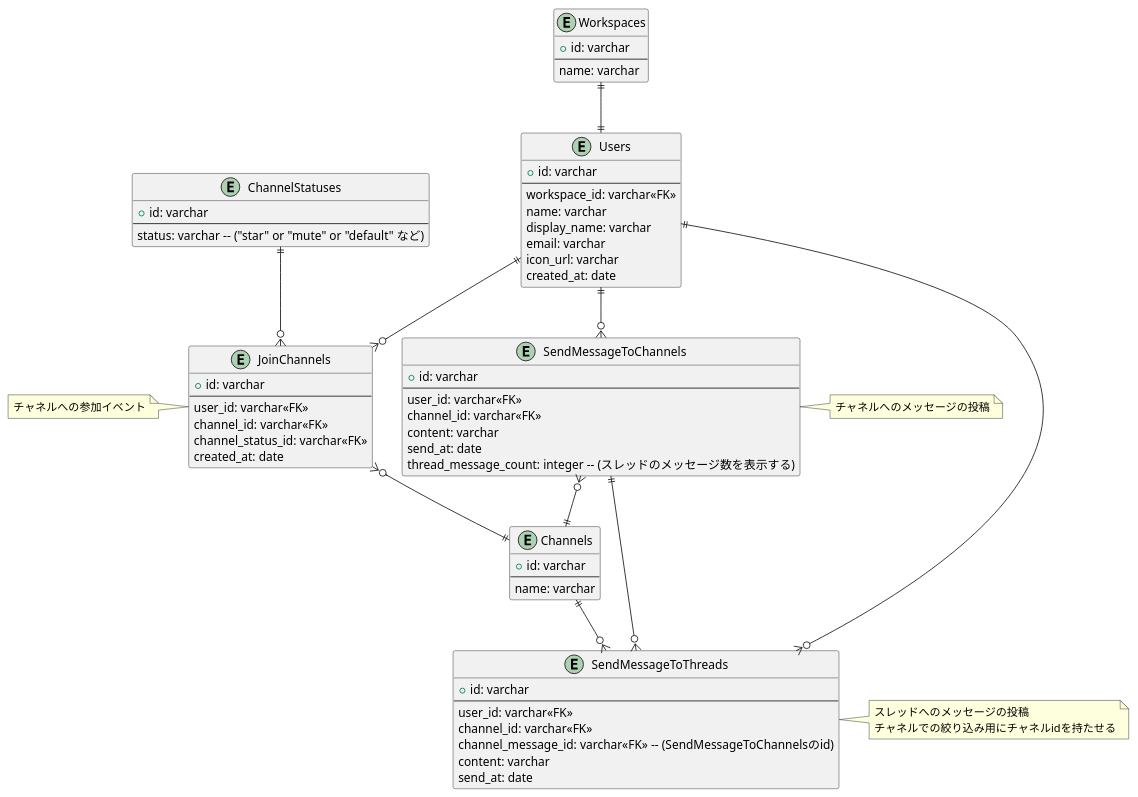
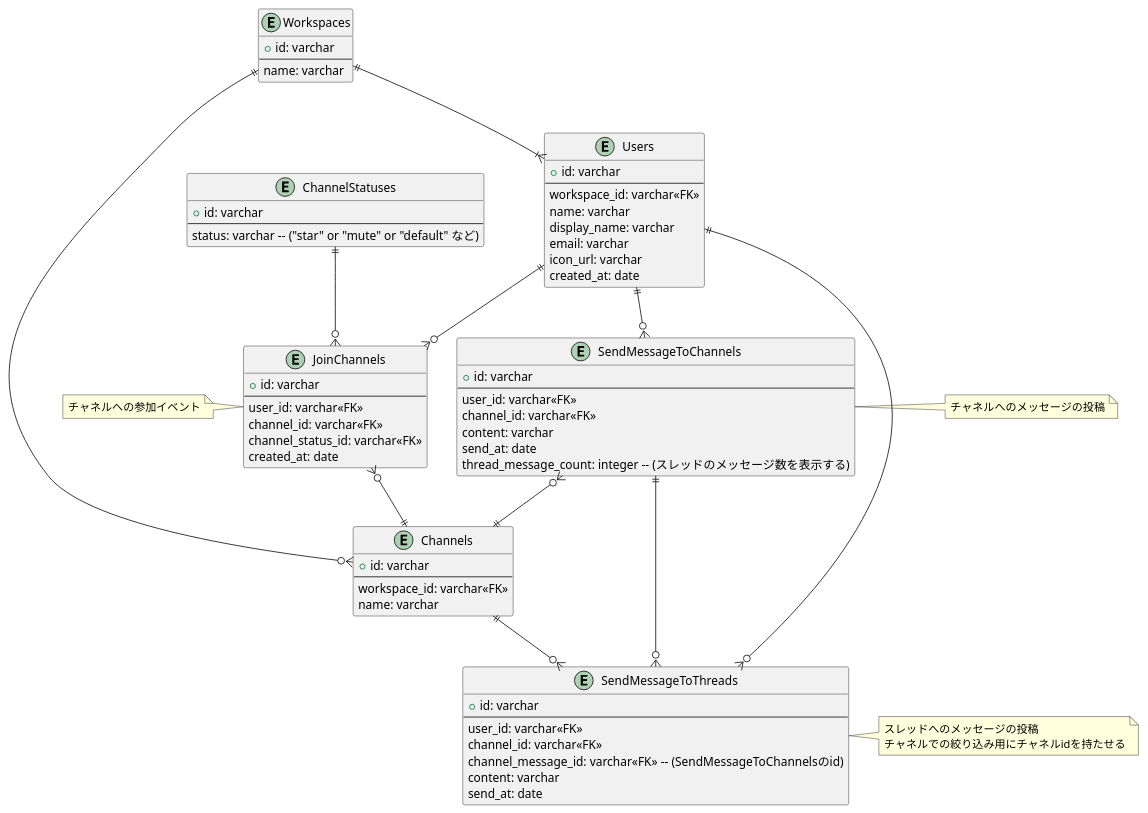
One commit to tsubasa1122/praha-challenge changed the diagram in db/no.15/schema1.wsd. Above: the diagram before and after it, drawn with PlantUML. The commit also changed 3 other files, not shown here.

```diff
--- a/db/no.15/schema1.wsd
+++ b/db/no.15/schema1.wsd
@@ -1,77 +1,79 @@
 Entity Users {
   + id: varchar
   --
   workspace_id: varchar<<FK>>
   name: varchar
   display_name: varchar
   email: varchar
   icon_url: varchar
   created_at: date
 }
 
 Entity SendMessageToChannels {
   + id: varchar
   --
   user_id: varchar<<FK>>
   channel_id: varchar<<FK>>
   content: varchar
   send_at: date
   thread_message_count: integer -- (スレッドのメッセージ数を表示する)
 }
 note right
 チャネルへのメッセージの投稿
 end note
 
 Entity SendMessageToThreads {
   + id: varchar
   --
   user_id: varchar<<FK>>
   channel_id: varchar<<FK>>
   channel_message_id: varchar<<FK>> -- (SendMessageToChannelsのid)
   content: varchar
   send_at: date
 }
 note right
 スレッドへのメッセージの投稿
 チャネルでの絞り込み用にチャネルidを持たせる
 end note
 
 Entity Channels {
   + id: varchar
   --
+  workspace_id: varchar<<FK>>
   name: varchar
 }
 
 Entity JoinChannels {
   + id: varchar
   --
   user_id: varchar<<FK>>
   channel_id: varchar<<FK>>
   channel_status_id: varchar<<FK>>
   created_at: date
 }
 note left
 チャネルへの参加イベント
 end note
 
 Entity ChannelStatuses {
   + id: varchar
   --
   status: varchar -- ("star" or "mute" or "default" など)
 }
 
 Entity Workspaces {
   + id: varchar
   --
   name: varchar
 }
 
-Workspaces ||--|| Users
+Workspaces ||--|{ Users
+Workspaces ||--o{ Channels
 Users ||--o{ SendMessageToChannels
 SendMessageToChannels }o--|| Channels
 Users ||--o{ SendMessageToThreads
 Channels ||--o{ SendMessageToThreads
 SendMessageToChannels ||--o{ SendMessageToThreads
 Users ||--o{ JoinChannels
 JoinChannels }o--|| Channels
 ChannelStatuses ||--o{ JoinChannels
```
